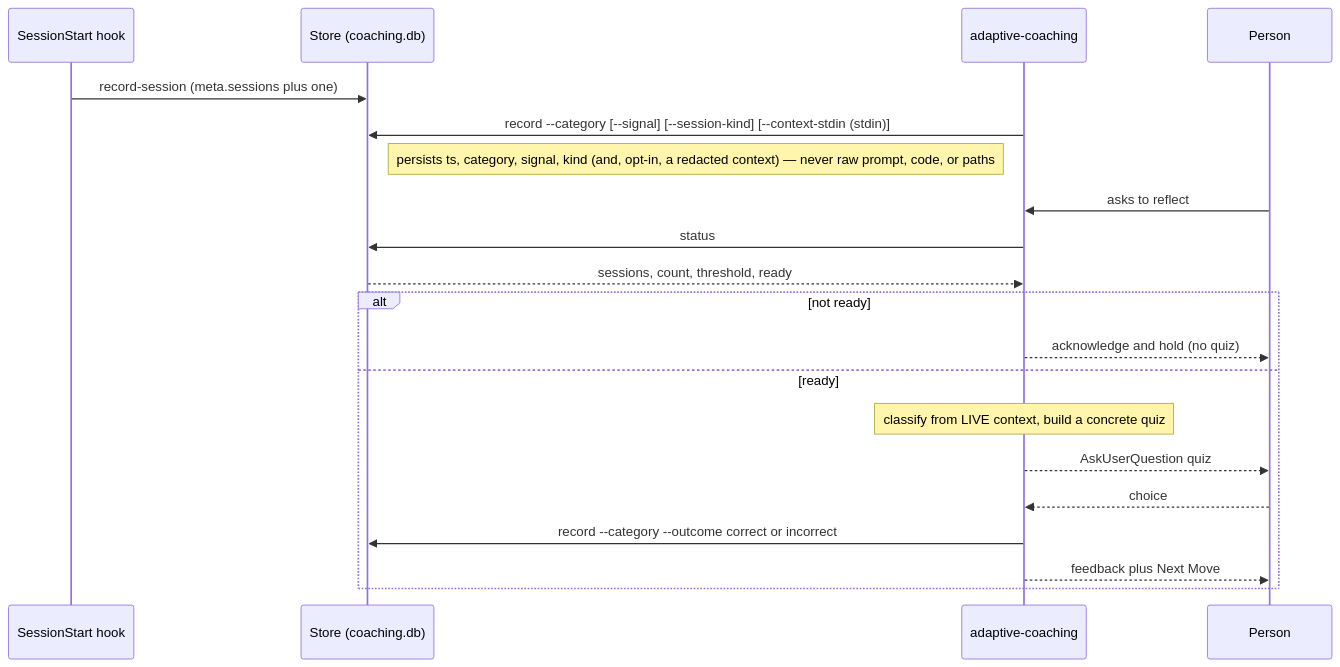
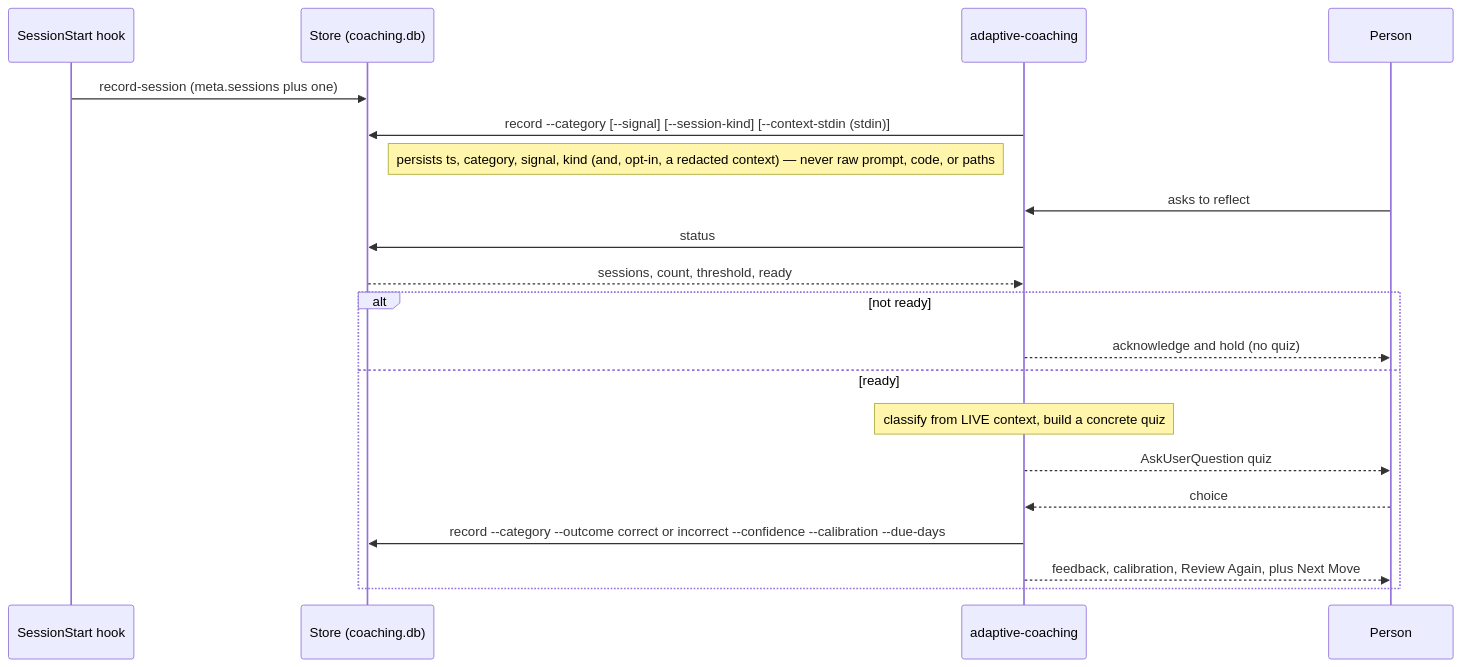
Before and after one commit to tvna/clairvoyance: the second of 2 diagrams in docs/hooks.md, drawn with Mermaid. The commit also changed other lines of this file and 6 other files, not shown here.

````diff
--- a/docs/hooks.md
+++ b/docs/hooks.md
@@ -89,22 +91,22 @@
 ```mermaid
 sequenceDiagram
     participant H as SessionStart hook
     participant S as Store (coaching.db)
     participant A as adaptive-coaching
     participant P as Person
     H->>S: record-session (meta.sessions plus one)
     A->>S: record --category [--signal] [--session-kind] [--context-stdin (stdin)]
     Note right of S: persists ts, category, signal, kind (and, opt-in, a redacted context) — never raw prompt, code, or paths
     P->>A: asks to reflect
     A->>S: status
     S-->>A: sessions, count, threshold, ready
     alt not ready
         A-->>P: acknowledge and hold (no quiz)
     else ready
         Note over A: classify from LIVE context, build a concrete quiz
         A-->>P: AskUserQuestion quiz
         P-->>A: choice
-        A->>S: record --category --outcome correct or incorrect
-        A-->>P: feedback plus Next Move
+        A->>S: record --category --outcome correct or incorrect --confidence --calibration --due-days
+        A-->>P: feedback, calibration, Review Again, plus Next Move
     end
 ```
````
